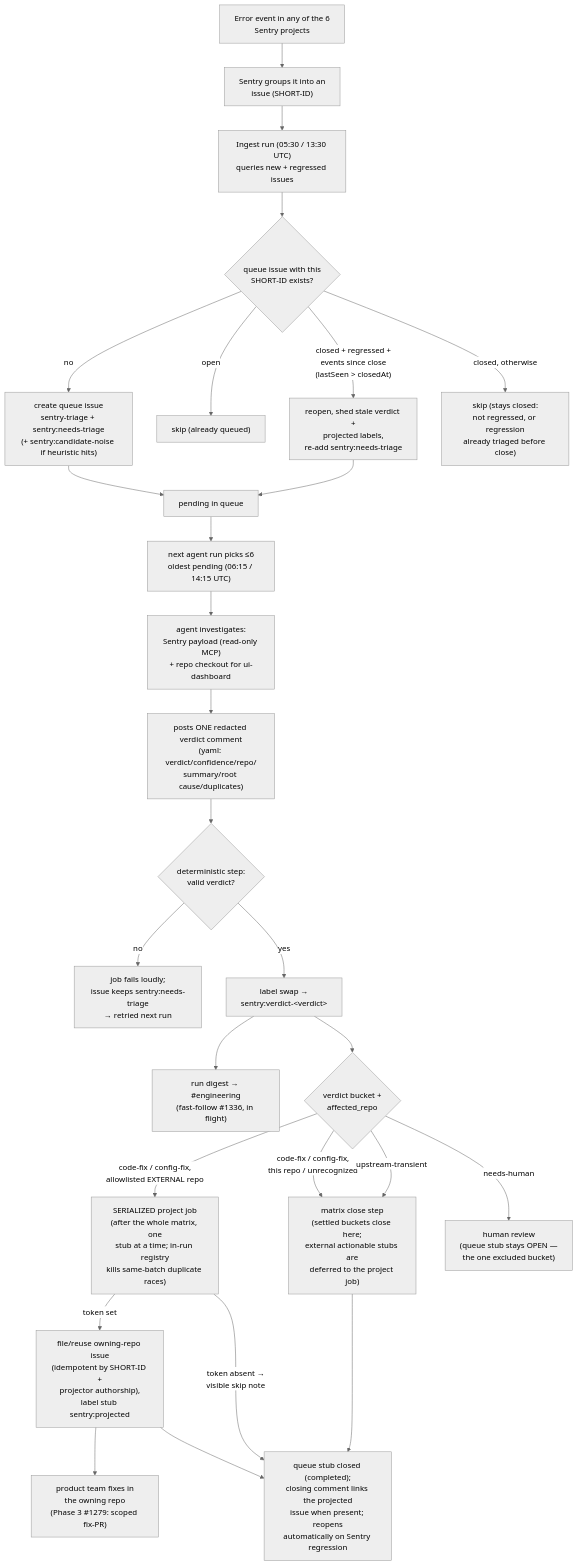
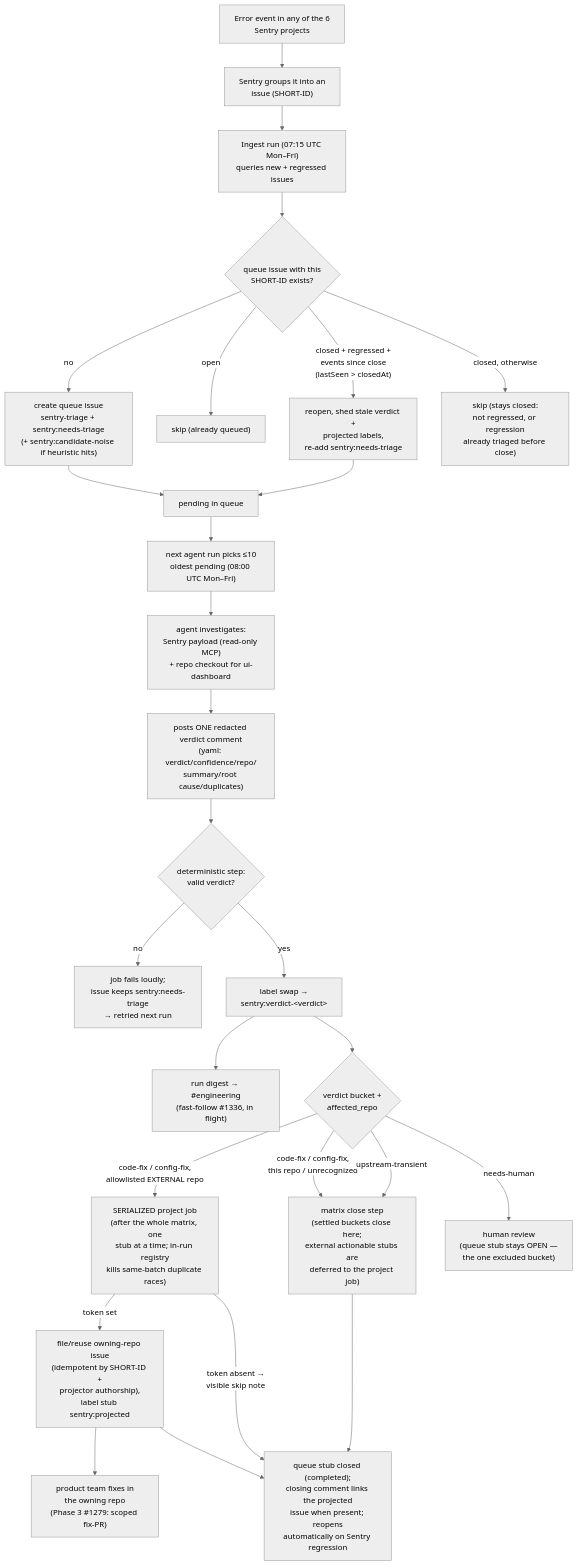
One commit to mento-protocol/monitoring-monorepo changed the second of 2 diagrams in docs/notes/sentry-triage-pipeline.md. Above: the diagram before and after it, drawn with Mermaid (neutral theme). The commit also changed other lines of this file and 2 other files, not shown here.

First line of the commit message:
chore(ci): run Sentry triage once per weekday at 08:00 UTC

````diff
--- a/docs/notes/sentry-triage-pipeline.md
+++ b/docs/notes/sentry-triage-pipeline.md
@@ -99,29 +100,29 @@
 ```mermaid
 flowchart TD
     EV["Error event in any of the 6<br/>Sentry projects"] --> GRP["Sentry groups it into an<br/>issue (SHORT-ID)"]
-    GRP --> POLL["Ingest run (05:30 / 13:30 UTC)<br/>queries new + regressed issues"]
+    GRP --> POLL["Ingest run (07:15 UTC Mon–Fri)<br/>queries new + regressed issues"]
     POLL --> KNOWN{"queue issue with this<br/>SHORT-ID exists?"}
     KNOWN -- "no" --> CREATE["create queue issue<br/>sentry-triage + sentry:needs-triage<br/>(+ sentry:candidate-noise if heuristic hits)"]
     KNOWN -- "open" --> SKIP["skip (already queued)"]
     KNOWN -- "closed + regressed +<br/>events since close<br/>(lastSeen &gt; closedAt)" --> REOPEN["reopen, shed stale verdict +<br/>projected labels,<br/>re-add sentry:needs-triage"]
     KNOWN -- "closed, otherwise" --> STAY["skip (stays closed:<br/>not regressed, or regression<br/>already triaged before close)"]
     CREATE --> PEND["pending in queue"]
     REOPEN --> PEND
-    PEND --> BATCH["next agent run picks ≤6<br/>oldest pending (06:15 / 14:15 UTC)"]
+    PEND --> BATCH["next agent run picks ≤10<br/>oldest pending (08:00 UTC Mon–Fri)"]
     BATCH --> INV["agent investigates:<br/>Sentry payload (read-only MCP)<br/>+ repo checkout for ui-dashboard"]
     INV --> VC["posts ONE redacted verdict comment<br/>(yaml: verdict/confidence/repo/<br/>summary/root cause/duplicates)"]
     VC --> VALID{"deterministic step:<br/>valid verdict?"}
     VALID -- "no" --> FAIL["job fails loudly;<br/>issue keeps sentry:needs-triage<br/>→ retried next run"]
     VALID -- "yes" --> SWAP["label swap →<br/>sentry:verdict-&lt;verdict&gt;"]
     SWAP --> DIGEST["run digest → #engineering<br/>(fast-follow #1336, in flight)"]
     SWAP --> BUCKET{"verdict bucket +<br/>affected_repo"}
     BUCKET -- "code-fix / config-fix,<br/>allowlisted EXTERNAL repo" --> PROJ["SERIALIZED project job<br/>(after the whole matrix, one<br/>stub at a time; in-run registry<br/>kills same-batch duplicate races)"]
     PROJ -- "token set" --> FILE["file/reuse owning-repo issue<br/>(idempotent by SHORT-ID +<br/>projector authorship),<br/>label stub sentry:projected"]
     PROJ -- "token absent →<br/>visible skip note" --> CLOSED
     FILE --> OWNFIX["product team fixes in<br/>the owning repo<br/>(Phase 3 #1279: scoped fix-PR)"]
     FILE --> CLOSED
     BUCKET -- "code-fix / config-fix,<br/>this repo / unrecognized" --> CLOSESTEP
     BUCKET -- "upstream-transient" --> CLOSESTEP
     BUCKET -- "needs-human" --> REV["human review<br/>(queue stub stays OPEN —<br/>the one excluded bucket)"]
     CLOSESTEP["matrix close step<br/>(settled buckets close here;<br/>external actionable stubs are<br/>deferred to the project job)"] --> CLOSED["queue stub closed (completed);<br/>closing comment links the projected<br/>issue when present; reopens<br/>automatically on Sentry regression"]
 ```
````
